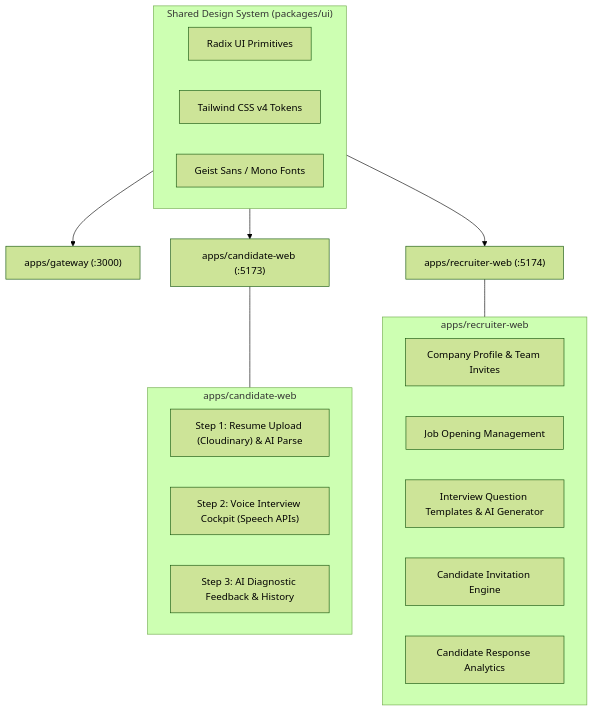
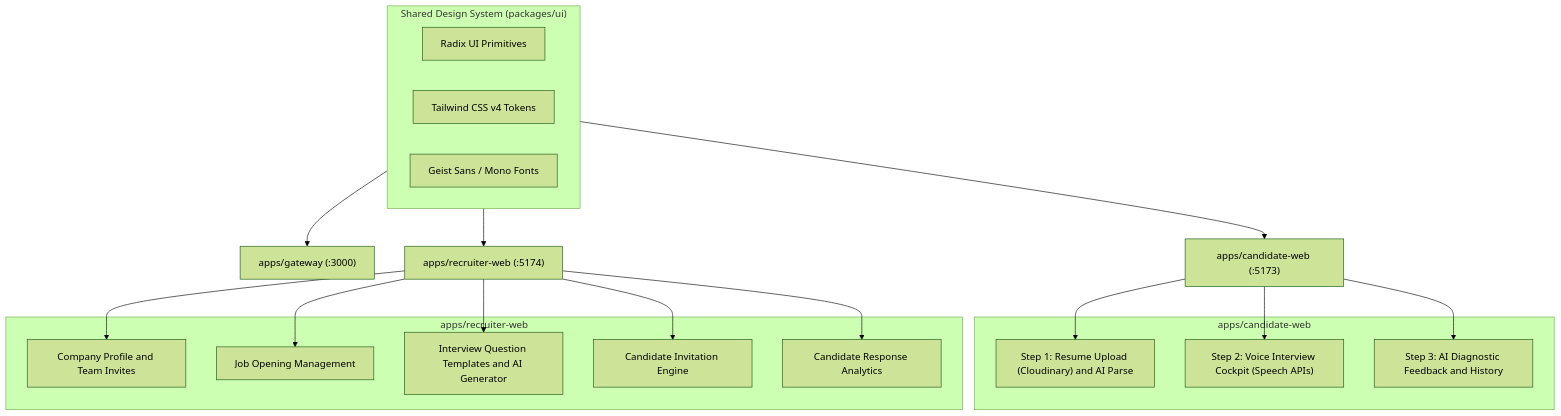
Before and after one commit to Suyog241005/interview.ai: the first of 2 diagrams in docs/frontend-architecture.md, drawn with Mermaid (forest theme). The commit also changed 2 other files, not shown here.

Commit message:
fix(docs): resolve GitHub Mermaid parser errors across documentation diagrams

````diff
--- a/docs/frontend-architecture.md
+++ b/docs/frontend-architecture.md
@@ -20,29 +20,36 @@
 ```mermaid
 flowchart TD
     subgraph UI_System["Shared Design System (packages/ui)"]
         RADIX["Radix UI Primitives"]
         TAILWIND["Tailwind CSS v4 Tokens"]
         GEIST["Geist Sans / Mono Fonts"]
     end
 
     UI_System --> GW["apps/gateway (:3000)"]
     UI_System --> CW["apps/candidate-web (:5173)"]
     UI_System --> RW["apps/recruiter-web (:5174)"]
 
     subgraph Candidate_Features["apps/candidate-web"]
-        C_SETUP["Step 1: Resume Upload (Cloudinary) & AI Parse"]
+        C_SETUP["Step 1: Resume Upload (Cloudinary) and AI Parse"]
         C_LIVE["Step 2: Voice Interview Cockpit (Speech APIs)"]
-        C_REPORT["Step 3: AI Diagnostic Feedback & History"]
+        C_REPORT["Step 3: AI Diagnostic Feedback and History"]
     end
 
     subgraph Recruiter_Features["apps/recruiter-web"]
-        R_COMPANY["Company Profile & Team Invites"]
+        R_COMPANY["Company Profile and Team Invites"]
         R_JOBS["Job Opening Management"]
-        R_CONFIG["Interview Question Templates & AI Generator"]
+        R_CONFIG["Interview Question Templates and AI Generator"]
         R_INVITE["Candidate Invitation Engine"]
         R_EVAL["Candidate Response Analytics"]
     end
 
-    CW --- Candidate_Features
-    RW --- Recruiter_Features
+    CW --> C_SETUP
+    CW --> C_LIVE
+    CW --> C_REPORT
+
+    RW --> R_COMPANY
+    RW --> R_JOBS
+    RW --> R_CONFIG
+    RW --> R_INVITE
+    RW --> R_EVAL
 ```
````
